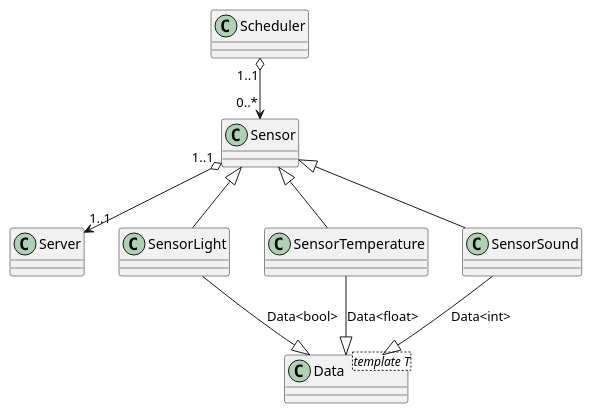
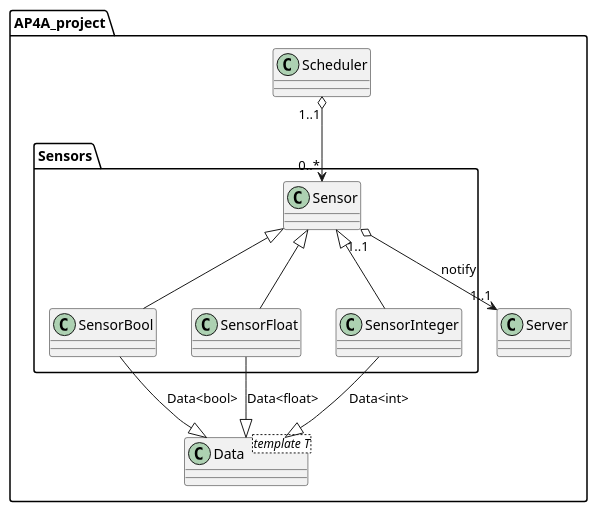
One commit to MrArnaudMichel/AP4A_projet changed the diagram in projet.puml. Above: the diagram before and after it, drawn with PlantUML. The commit also changed 16 other files, not shown here.

```diff
--- a/projet.puml
+++ b/projet.puml
@@ -1,43 +1,45 @@
 @startuml
+package AP4A_project{
+    class Server{
 
-class Server{
+    }
 
+    class Scheduler{
+
+    }
+
+    package Sensors{
+        class Sensor{
+
+        }
+
+        Sensor "1..1" o--> "1..1" Server: notify
+
+        class SensorBool{
+
+        }
+
+        class SensorFloat{
+
+        }
+
+        class SensorInteger{
+
+        }
+
+        Sensor <|-- SensorBool
+        Sensor <|-- SensorFloat
+        Sensor <|-- SensorInteger
+
+        Scheduler "1..1" o--> "0..*" Sensor
+    }
+
+    class Data<template T>{
+
+    }
+
+    SensorBool --|> Data: Data<bool>
+    SensorFloat --|> Data: Data<float>
+    SensorInteger --|> Data: Data<int>
 }
-
-class Scheduler{
-
-}
-
-Scheduler "1..1" o--> "0..*" Sensor
-
-class Sensor{
-
-}
-
-Sensor "1..1" o--> "1..1" Server
-
-class SensorLight{
-
-}
-
-class SensorTemperature{
-
-}
-
-class SensorSound{
-
-}
-
-Sensor <|-- SensorLight
-Sensor <|-- SensorTemperature
-Sensor <|-- SensorSound
-
-class Data<template T>{
-
-}
-
-SensorLight --|> Data: Data<bool>
-SensorTemperature --|> Data: Data<float>
-SensorSound --|> Data: Data<int>
-
 @enduml
```
